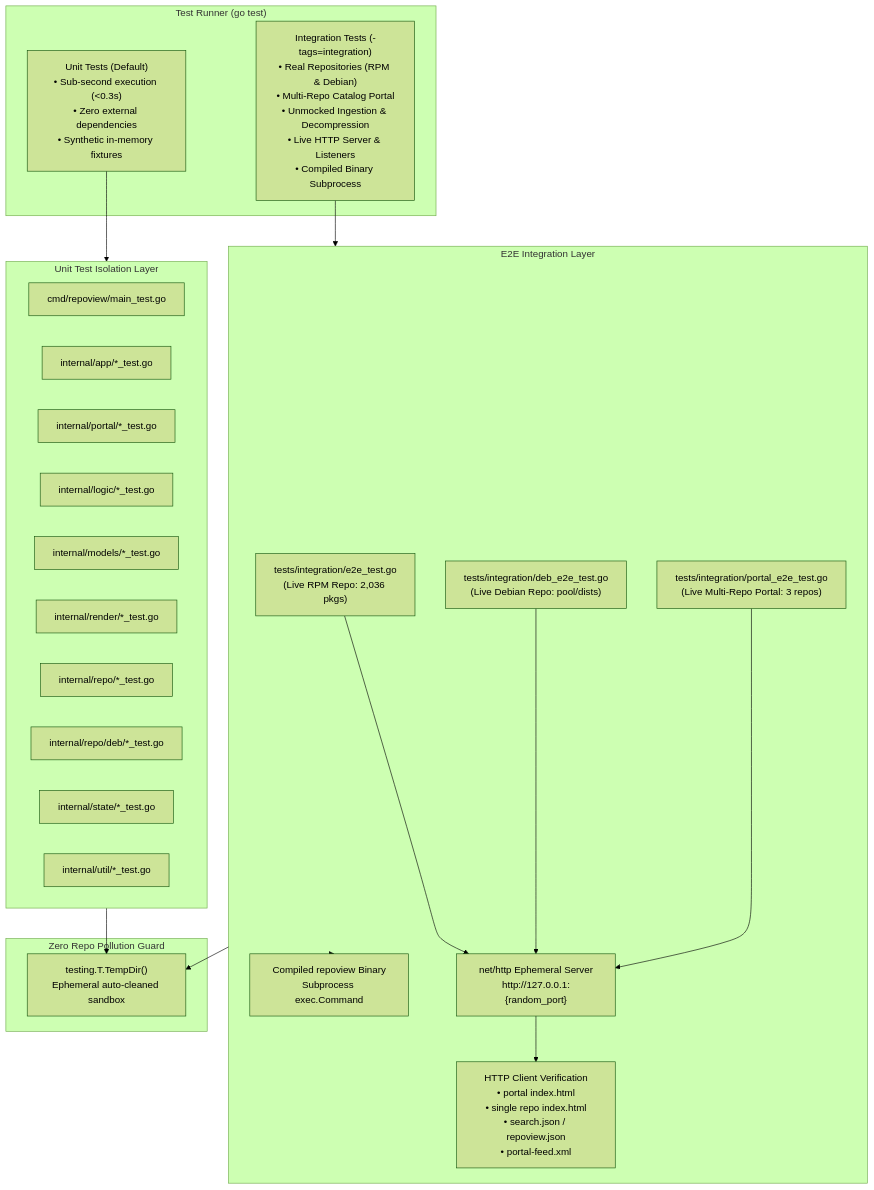
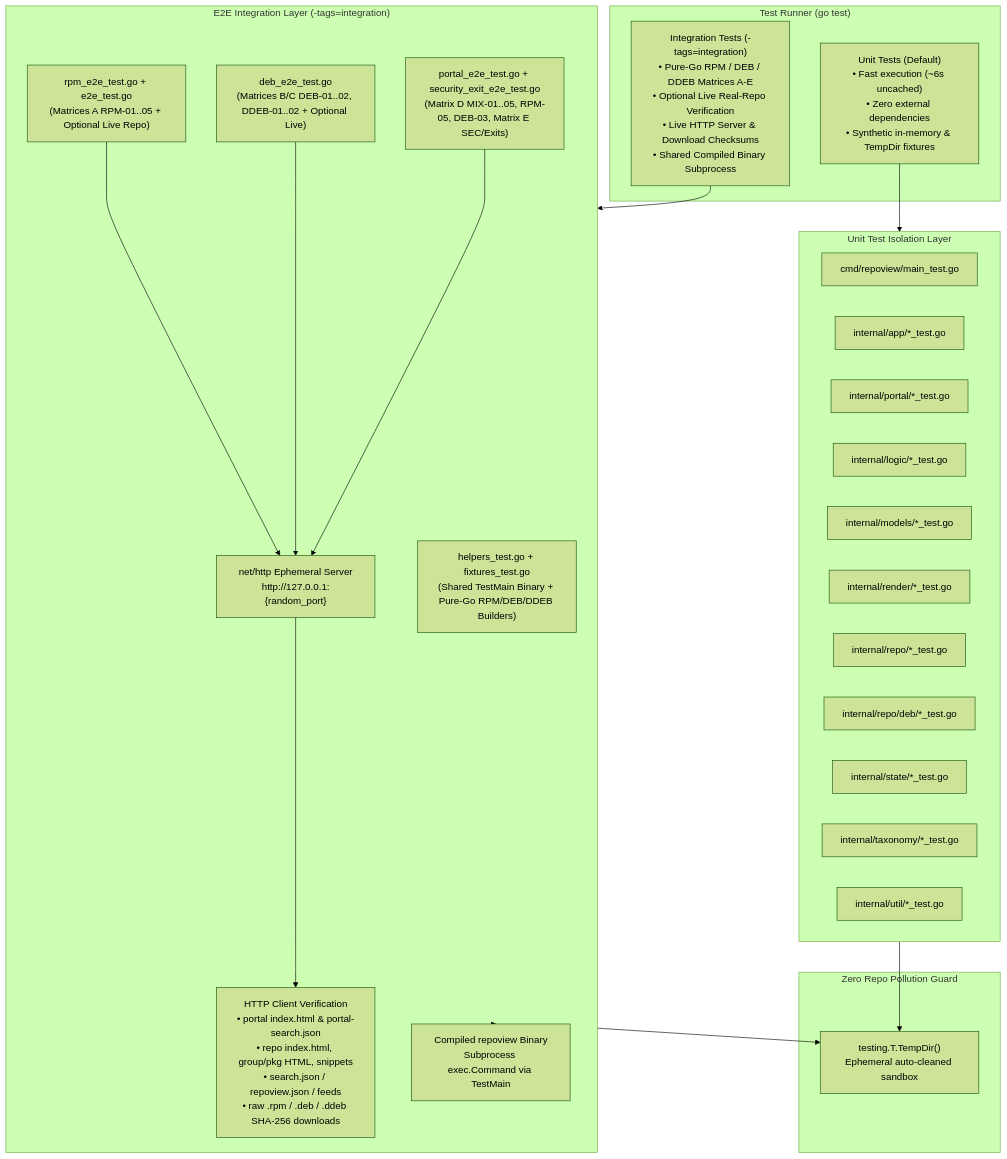
The first of 2 diagrams in TESTING.md (edsilegxrepo/repoview-go), drawn with Mermaid (forest theme) before and after one commit. The commit also changed other lines of this file and 90 other files, not shown here.

First line of the commit message:
release: v0.5.0 dump-config, portal search, perf, ddeb, docs, and pure-Go E2E

````diff
--- a/TESTING.md
+++ b/TESTING.md
@@ -54,43 +55,45 @@
 ```mermaid
 flowchart TB
     subgraph TestExecution["Test Runner (go test)"]
-        UT["Unit Tests (Default)\n• Sub-second execution (&lt;0.3s)\n• Zero external dependencies\n• Synthetic in-memory fixtures"]
-        IT["Integration Tests (-tags=integration)\n• Real Repositories (RPM &amp; Debian)\n• Multi-Repo Catalog Portal\n• Unmocked Ingestion &amp; Decompression\n• Live HTTP Server &amp; Listeners\n• Compiled Binary Subprocess"]
+        UT["Unit Tests (Default)\n• Fast execution (~6s uncached)\n• Zero external dependencies\n• Synthetic in-memory & TempDir fixtures"]
+        IT["Integration Tests (-tags=integration)\n• Pure-Go RPM / DEB / DDEB Matrices A-E\n• Optional Live Real-Repo Verification\n• Live HTTP Server & Download Checksums\n• Shared Compiled Binary Subprocess"]
     end
 
     subgraph UnitLayer["Unit Test Isolation Layer"]
         CLI_T["cmd/repoview/main_test.go"]
         APP_T["internal/app/*_test.go"]
         PORTAL_T["internal/portal/*_test.go"]
         LOGIC_T["internal/logic/*_test.go"]
         MODELS_T["internal/models/*_test.go"]
         RENDER_T["internal/render/*_test.go"]
         REPO_T["internal/repo/*_test.go"]
         DEB_T["internal/repo/deb/*_test.go"]
         STATE_T["internal/state/*_test.go"]
+        TAX_T["internal/taxonomy/*_test.go"]
         UTIL_T["internal/util/*_test.go"]
     end
 
-    subgraph IntegrationLayer["E2E Integration Layer"]
-        RPM_E2E["tests/integration/e2e_test.go\n(Live RPM Repo: 2,036 pkgs)"]
-        DEB_E2E["tests/integration/deb_e2e_test.go\n(Live Debian Repo: pool/dists)"]
-        PORTAL_E2E["tests/integration/portal_e2e_test.go\n(Live Multi-Repo Portal: 3 repos)"]
+    subgraph IntegrationLayer["E2E Integration Layer (-tags=integration)"]
+        HELPERS_E2E["helpers_test.go + fixtures_test.go\n(Shared TestMain Binary + Pure-Go RPM/DEB/DDEB Builders)"]
+        RPM_E2E["rpm_e2e_test.go + e2e_test.go\n(Matrices A RPM-01..05 + Optional Live Repo)"]
+        DEB_E2E["deb_e2e_test.go\n(Matrices B/C DEB-01..02, DDEB-01..02 + Optional Live)"]
+        PORTAL_E2E["portal_e2e_test.go + security_exit_e2e_test.go\n(Matrix D MIX-01..05, RPM-05, DEB-03, Matrix E SEC/Exits)"]
         EPHEMERAL_HTTP["net/http Ephemeral Server\nhttp://127.0.0.1:{random_port}"]
-        HTTP_CLIENT["HTTP Client Verification\n• portal index.html\n• single repo index.html\n• search.json / repoview.json\n• portal-feed.xml"]
-        CLI_BIN["Compiled repoview Binary\nSubprocess exec.Command"]
+        HTTP_CLIENT["HTTP Client Verification\n• portal index.html & portal-search.json\n• repo index.html, group/pkg HTML, snippets\n• search.json / repoview.json / feeds\n• raw .rpm / .deb / .ddeb SHA-256 downloads"]
+        CLI_BIN["Compiled repoview Binary\nSubprocess exec.Command via TestMain"]
     end
 
     subgraph Safety["Zero Repo Pollution Guard"]
         TDIR["testing.T.TempDir()\nEphemeral auto-cleaned sandbox"]
     end
 
     UT --> UnitLayer
     IT --> IntegrationLayer
 
     UnitLayer --> TDIR
     IntegrationLayer --> TDIR
     RPM_E2E --> EPHEMERAL_HTTP --> HTTP_CLIENT
     DEB_E2E --> EPHEMERAL_HTTP
     PORTAL_E2E --> EPHEMERAL_HTTP
     IntegrationLayer --> CLI_BIN
 ```
````
